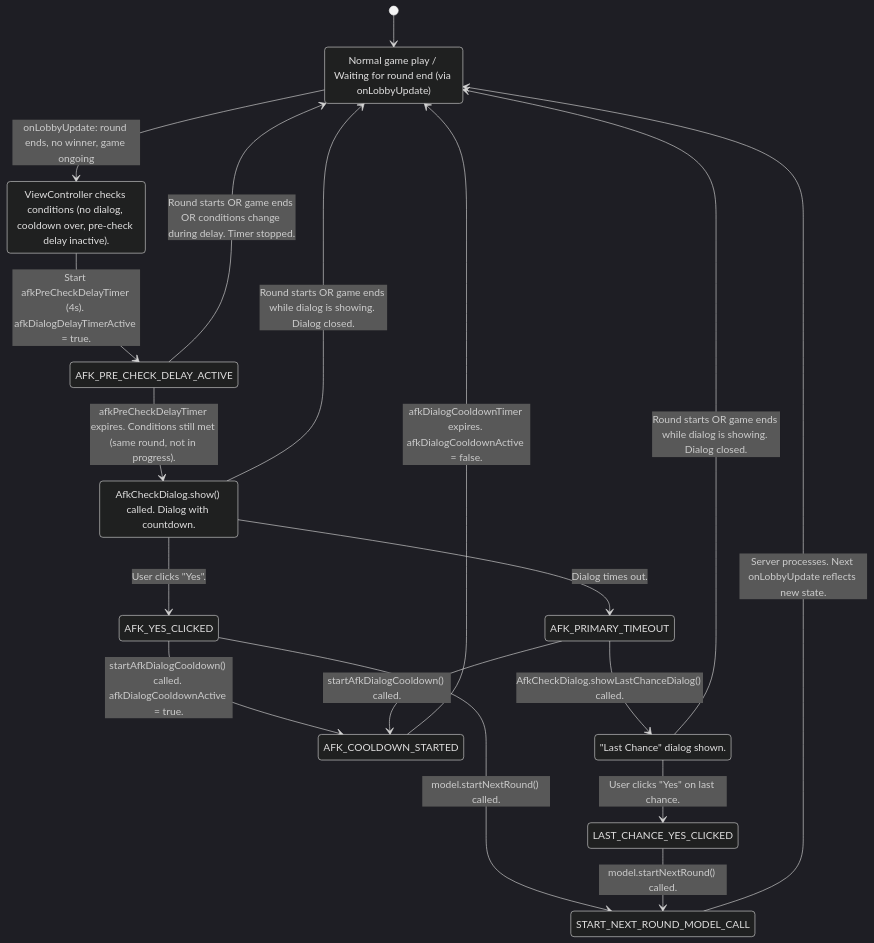
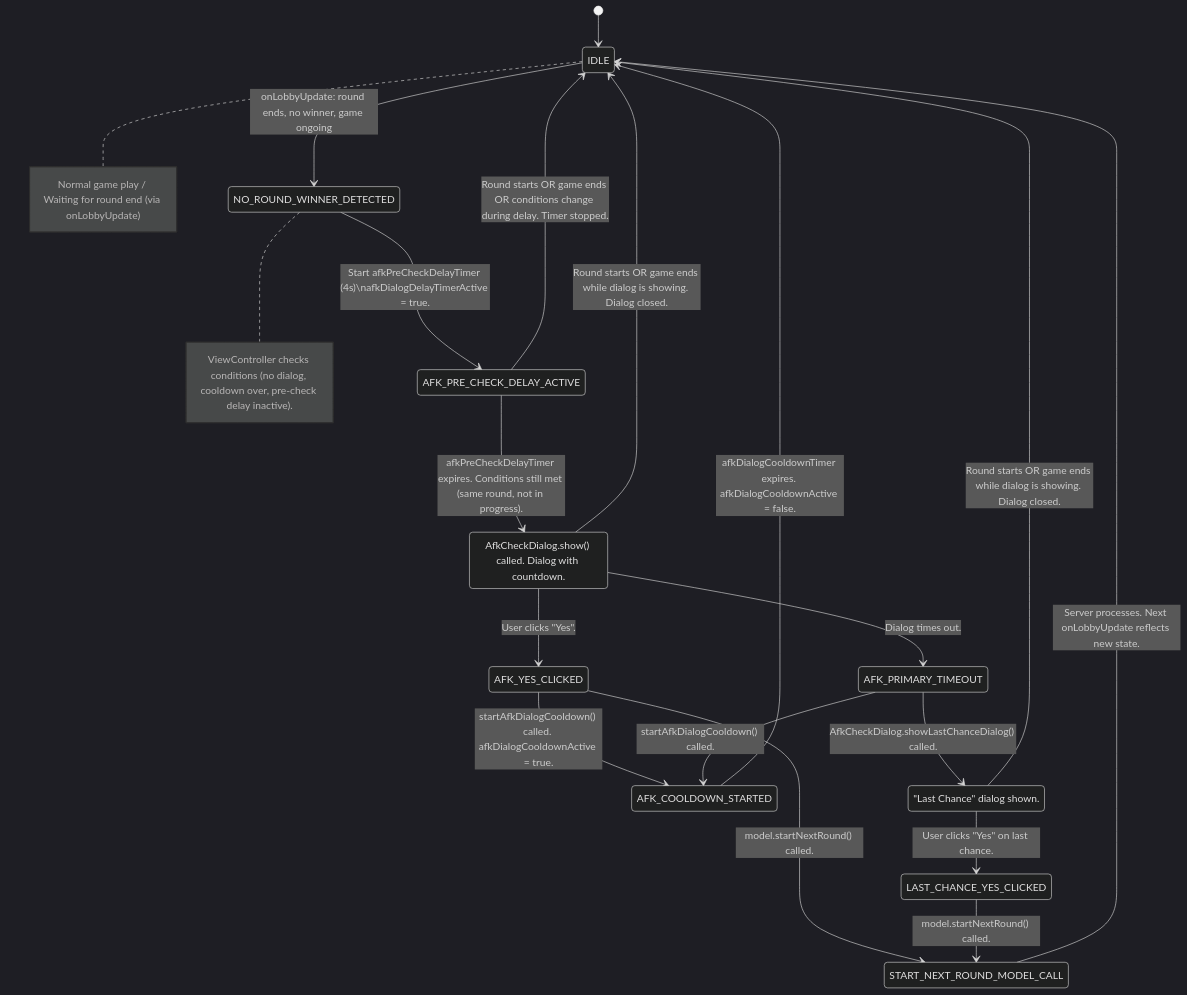
One commit to YuriHa-op/Hangman changed the third of 5 diagrams in MULTIPLAYER_OVERVIEW.md. Above: the diagram before and after it, drawn with Mermaid (dark theme).

````diff
--- a/MULTIPLAYER_OVERVIEW.md
+++ b/MULTIPLAYER_OVERVIEW.md
@@ -342,32 +342,33 @@
 ```mermaid
 stateDiagram-v2
     [*] --> IDLE
-    IDLE: Normal game play / Waiting for round end (via onLobbyUpdate)
+    note right of IDLE: Normal game play / Waiting for round end (via onLobbyUpdate)
 
     IDLE --> NO_ROUND_WINNER_DETECTED: onLobbyUpdate: round ends, no winner, game ongoing
-    NO_ROUND_WINNER_DETECTED: ViewController checks conditions (no dialog, cooldown over, pre-check delay inactive).
-    NO_ROUND_WINNER_DETECTED --> AFK_PRE_CHECK_DELAY_ACTIVE : Start afkPreCheckDelayTimer (4s). afkDialogDelayTimerActive = true.
+    note right of NO_ROUND_WINNER_DETECTED: ViewController checks conditions (no dialog, cooldown over, pre-check delay inactive).
+
+    NO_ROUND_WINNER_DETECTED --> AFK_PRE_CHECK_DELAY_ACTIVE : Start afkPreCheckDelayTimer (4s)\nafkDialogDelayTimerActive = true.
 
     AFK_PRE_CHECK_DELAY_ACTIVE --> SHOW_PRIMARY_AFK_DIALOG: afkPreCheckDelayTimer expires. Conditions still met (same round, not in progress).
     AFK_PRE_CHECK_DELAY_ACTIVE --> IDLE: Round starts OR game ends OR conditions change during delay. Timer stopped.
 
     SHOW_PRIMARY_AFK_DIALOG: AfkCheckDialog.show() called. Dialog with countdown.
     SHOW_PRIMARY_AFK_DIALOG --> AFK_YES_CLICKED: User clicks "Yes".
     SHOW_PRIMARY_AFK_DIALOG --> AFK_PRIMARY_TIMEOUT: Dialog times out.
     SHOW_PRIMARY_AFK_DIALOG --> IDLE: Round starts OR game ends while dialog is showing. Dialog closed.
 
     AFK_YES_CLICKED --> START_NEXT_ROUND_MODEL_CALL: model.startNextRound() called.
     AFK_YES_CLICKED --> AFK_COOLDOWN_STARTED: startAfkDialogCooldown() called. afkDialogCooldownActive = true.
 
     AFK_PRIMARY_TIMEOUT --> SHOW_LAST_CHANCE_DIALOG: AfkCheckDialog.showLastChanceDialog() called.
     AFK_PRIMARY_TIMEOUT --> AFK_COOLDOWN_STARTED: startAfkDialogCooldown() called.
 
     SHOW_LAST_CHANCE_DIALOG: "Last Chance" dialog shown.
     SHOW_LAST_CHANCE_DIALOG --> LAST_CHANCE_YES_CLICKED: User clicks "Yes" on last chance.
     SHOW_LAST_CHANCE_DIALOG --> IDLE: Round starts OR game ends while dialog is showing. Dialog closed.
 
     LAST_CHANCE_YES_CLICKED --> START_NEXT_ROUND_MODEL_CALL: model.startNextRound() called.
 
     START_NEXT_ROUND_MODEL_CALL --> IDLE: Server processes. Next onLobbyUpdate reflects new state.
     AFK_COOLDOWN_STARTED --> IDLE: afkDialogCooldownTimer expires. afkDialogCooldownActive = false.
 ```
````
